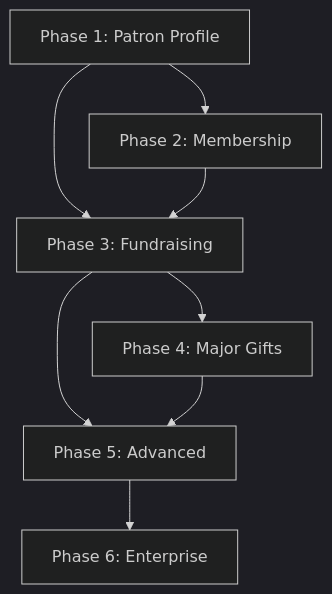
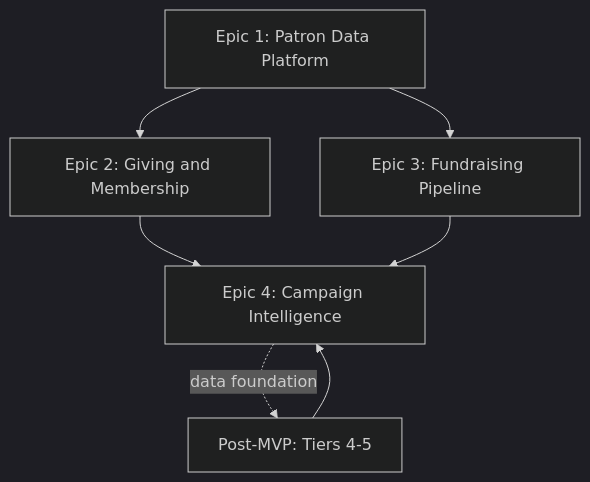
One commit to Claveler/patron-profile changed the diagram in PRODUCT_ROADMAP.md. Above: the diagram before and after it, drawn with Mermaid (dark theme). The commit also changed other lines of this file and 5668 other files, not shown here.

````diff
--- a/PRODUCT_ROADMAP.md
+++ b/PRODUCT_ROADMAP.md
@@ -112,10 +102,9 @@
 ```mermaid
 flowchart TD
-    P1[Phase 1: Patron Profile] --> P2[Phase 2: Membership]
-    P1 --> P3[Phase 3: Fundraising]
-    P2 --> P3
-    P3 --> P4[Phase 4: Major Gifts]
-    P3 --> P5[Phase 5: Advanced]
-    P4 --> P5
-    P5 --> P6[Phase 6: Enterprise]
+    E1[Epic 1: Patron Data Platform] --> E2[Epic 2: Giving and Membership]
+    E1 --> E3[Epic 3: Fundraising Pipeline]
+    E2 --> E4[Epic 4: Campaign Intelligence]
+    E3 --> E4
+    PostMVP[Post-MVP: Tiers 4-5] --> E4
+    E4 -.->|"data foundation"| PostMVP
 ```
````
